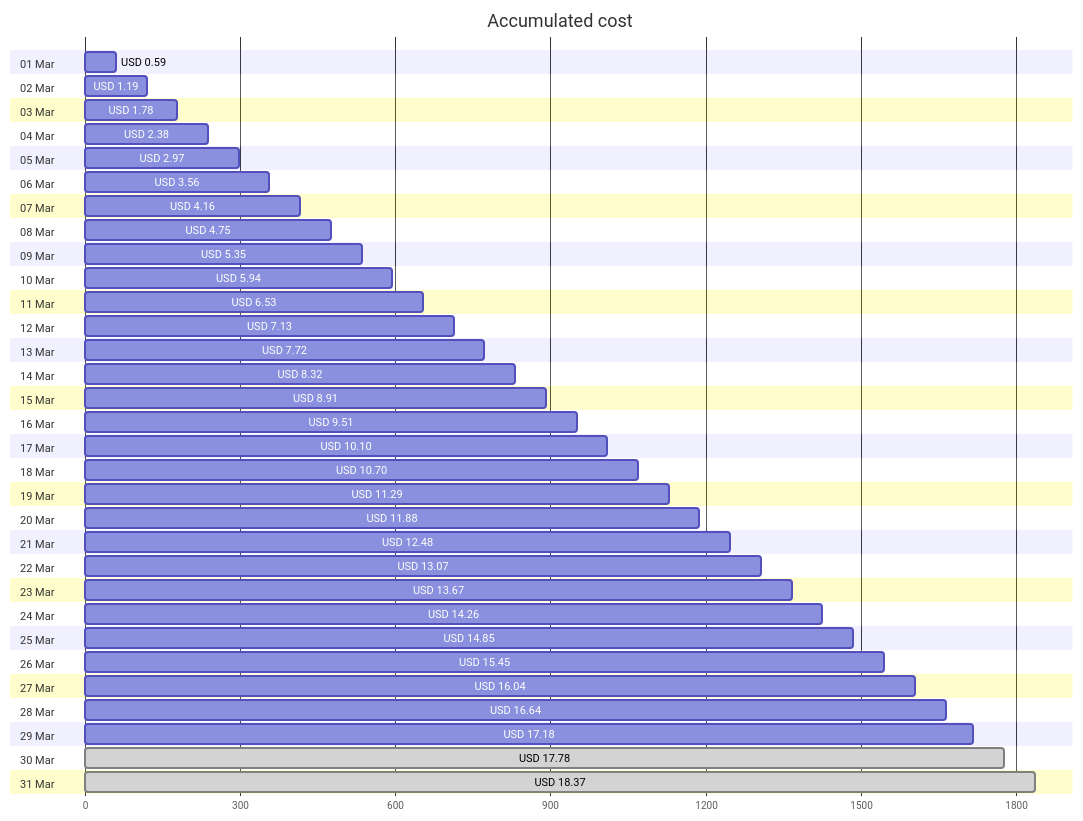
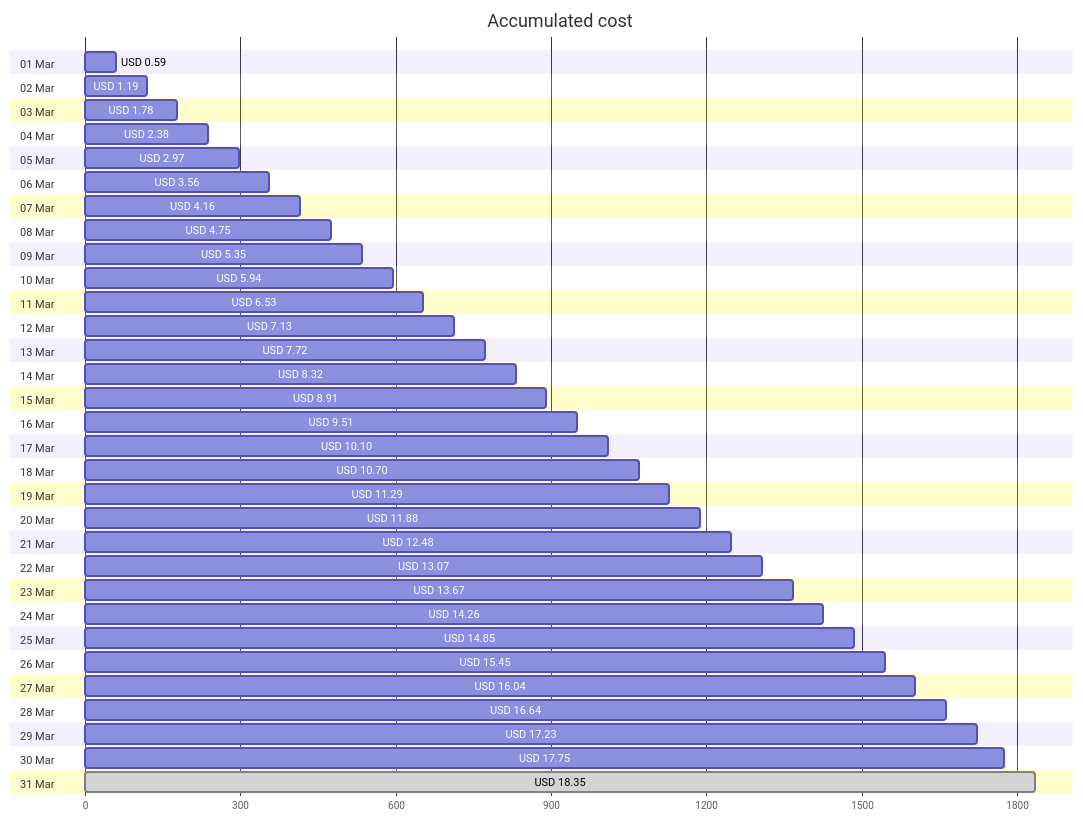
The first of 4 diagrams in cost-reports/personal-site/README.md (jpfulton/azure-personal-reports), drawn with Mermaid before and after one commit. The commit also changed other lines of this file and 6 other files, not shown here.

````diff
--- a/cost-reports/personal-site/README.md
+++ b/cost-reports/personal-site/README.md
@@ -20,68 +20,68 @@
 ```mermaid
 gantt
    title Accumulated cost
    dateFormat  X
    axisFormat %s
    section 01 Mar
    USD 0.59 :0, 59
    section 02 Mar
    USD 1.19 :0, 119
    section 03 Mar
    USD 1.78 :0, 178
    section 04 Mar
    USD 2.38 :0, 238
    section 05 Mar
    USD 2.97 :0, 297
    section 06 Mar
    USD 3.56 :0, 356
    section 07 Mar
    USD 4.16 :0, 416
    section 08 Mar
    USD 4.75 :0, 475
    section 09 Mar
    USD 5.35 :0, 535
    section 10 Mar
    USD 5.94 :0, 594
    section 11 Mar
    USD 6.53 :0, 653
    section 12 Mar
    USD 7.13 :0, 713
    section 13 Mar
    USD 7.72 :0, 772
    section 14 Mar
    USD 8.32 :0, 832
    section 15 Mar
    USD 8.91 :0, 891
    section 16 Mar
    USD 9.51 :0, 951
    section 17 Mar
    USD 10.10 :0, 1010
    section 18 Mar
    USD 10.70 :0, 1070
    section 19 Mar
    USD 11.29 :0, 1129
    section 20 Mar
    USD 11.88 :0, 1188
    section 21 Mar
    USD 12.48 :0, 1248
    section 22 Mar
    USD 13.07 :0, 1307
    section 23 Mar
    USD 13.67 :0, 1367
    section 24 Mar
    USD 14.26 :0, 1426
    section 25 Mar
    USD 14.85 :0, 1485
    section 26 Mar
    USD 15.45 :0, 1545
    section 27 Mar
    USD 16.04 :0, 1604
    section 28 Mar
    USD 16.64 :0, 1664
    section 29 Mar
-   USD 17.18 :0, 1718
+   USD 17.23 :0, 1723
    section 30 Mar
-   USD 17.78 : done, 0, 1778
+   USD 17.75 :0, 1775
    section 31 Mar
-   USD 18.37 : done, 0, 1837
+   USD 18.35 : done, 0, 1835
 ```
````
